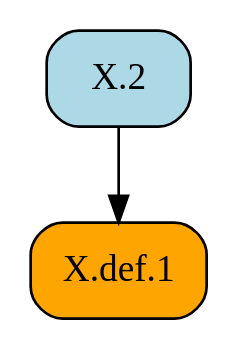
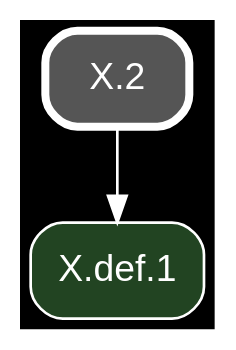
Before and after one commit to geometor/elements: the diagram in docsrc/heath/X/2/index.rst, drawn with Graphviz. The commit also changed other lines of this file and 1200 other files, not shown here.

Commit message:
update dependency graphs

```diff
--- a/docsrc/heath/X/2/index.rst
+++ b/docsrc/heath/X/2/index.rst
@@ -42,9 +42,11 @@
 .. graphviz::
 
    digraph {
+     bgcolor="black";
+     node [shape=box, style="rounded,filled", fontname="Helvetica", color="white", fontcolor="white"];
+     edge [color="white", fontcolor="white"];
      rankdir="TB";
-     node [shape=box, style=rounded];
-     "X.def.1" [style="rounded,filled", fillcolor=orange, URL="/heath/X/def.1/", target="_top"];
-     "X.2" [style="rounded,filled", fillcolor=lightblue, URL="/heath/X/2/", target="_top"];
+     "X.2" [penwidth=3, color="white", fillcolor="#555555", URL="/heath/X/2/", target="_top"];
+     "X.def.1" [fillcolor="#224422", URL="/heath/X/def.1/", target="_top"];
      "X.2" -> "X.def.1";
    }
```
